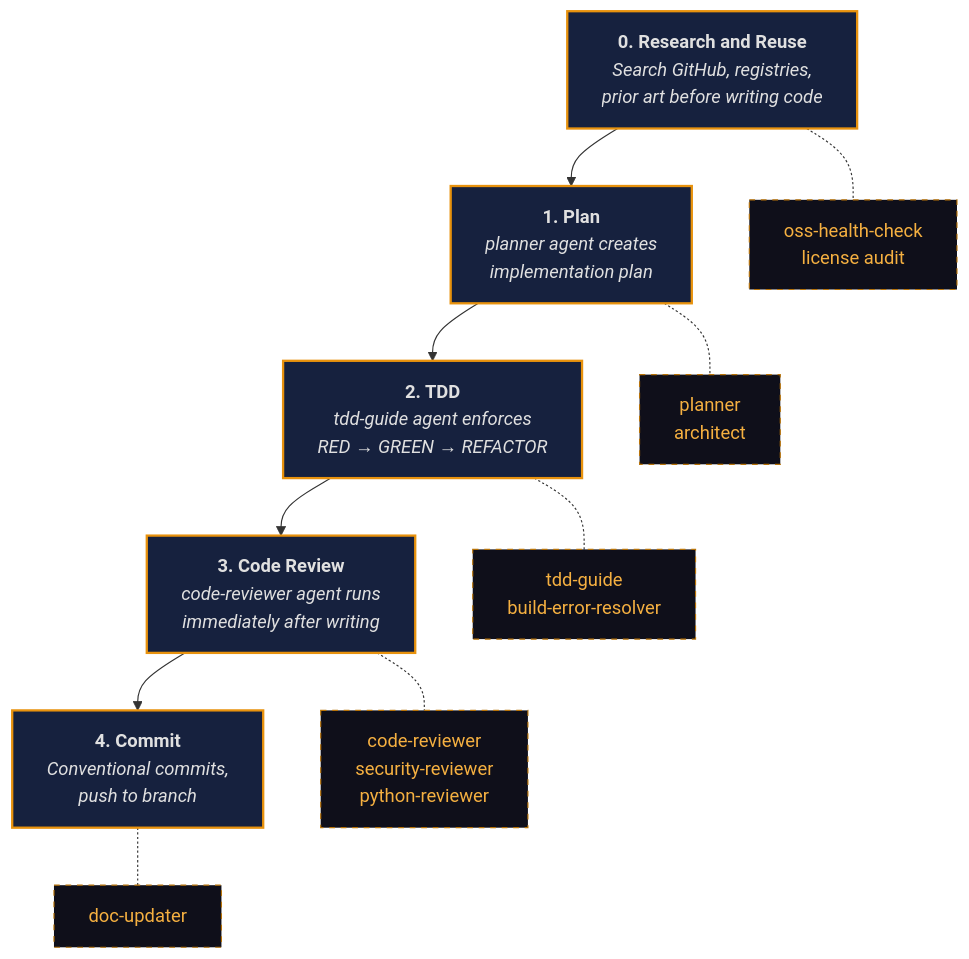
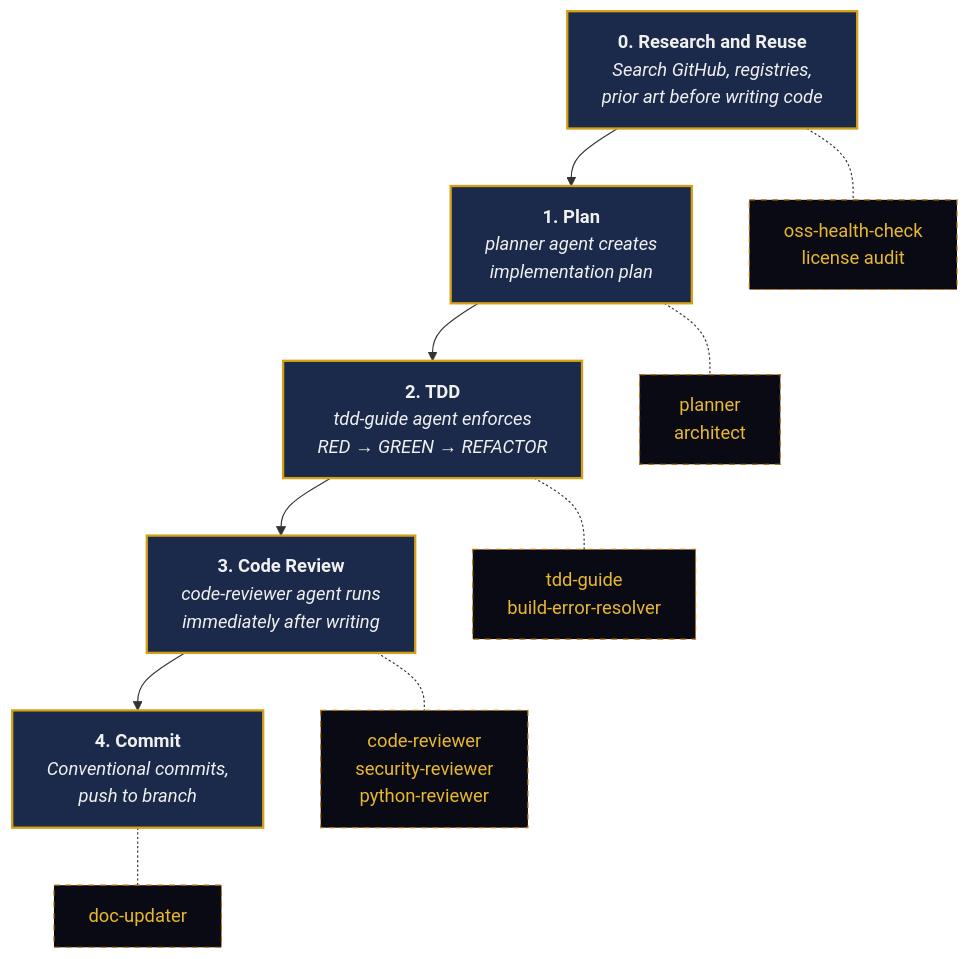
One commit to originalrgsec/open-workspace-builder changed the second of 4 diagrams in docs/reference/lifecycle.md. Above: the diagram before and after it, drawn with Mermaid. The commit also changed other lines of this file and 19 other files, not shown here.

````diff
--- a/docs/reference/lifecycle.md
+++ b/docs/reference/lifecycle.md
@@ -44,19 +44,19 @@
 ```mermaid
 graph TD
     R["<b>0. Research and Reuse</b><br/><i>Search GitHub, registries,<br/>prior art before writing code</i>"]:::step
     P["<b>1. Plan</b><br/><i>planner agent creates<br/>implementation plan</i>"]:::step
     T["<b>2. TDD</b><br/><i>tdd-guide agent enforces<br/>RED → GREEN → REFACTOR</i>"]:::step
     CR["<b>3. Code Review</b><br/><i>code-reviewer agent runs<br/>immediately after writing</i>"]:::step
     G["<b>4. Commit</b><br/><i>Conventional commits,<br/>push to branch</i>"]:::step
 
     R --> P --> T --> CR --> G
 
     R -.- R_agent["oss-health-check<br/>license audit"]:::agent
     P -.- P_agent["planner<br/>architect"]:::agent
     T -.- T_agent["tdd-guide<br/>build-error-resolver"]:::agent
     CR -.- CR_agent["code-reviewer<br/>security-reviewer<br/>python-reviewer"]:::agent
     G -.- G_agent["doc-updater"]:::agent
 
-    classDef step fill:#16213E,color:#E0E0E0,stroke:#E8920D,stroke-width:2px
-    classDef agent fill:#0F0F1A,color:#F5B041,stroke:#B87308,stroke-width:1px,stroke-dasharray:5 5
+    classDef step fill:#1B2A4A,color:#F0F0F0,stroke:#D4A017,stroke-width:2px
+    classDef agent fill:#0A0A14,color:#E8B830,stroke:#B87308,stroke-width:1px,stroke-dasharray:5 5
 ```
````
